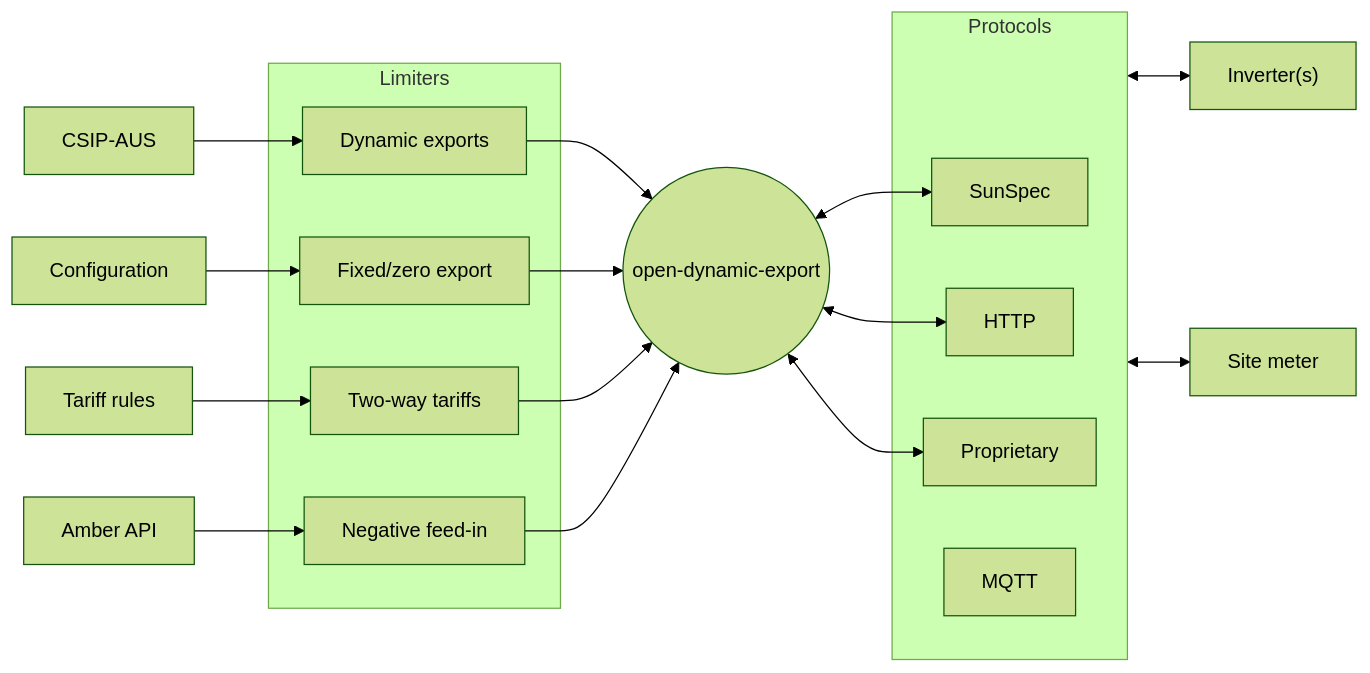
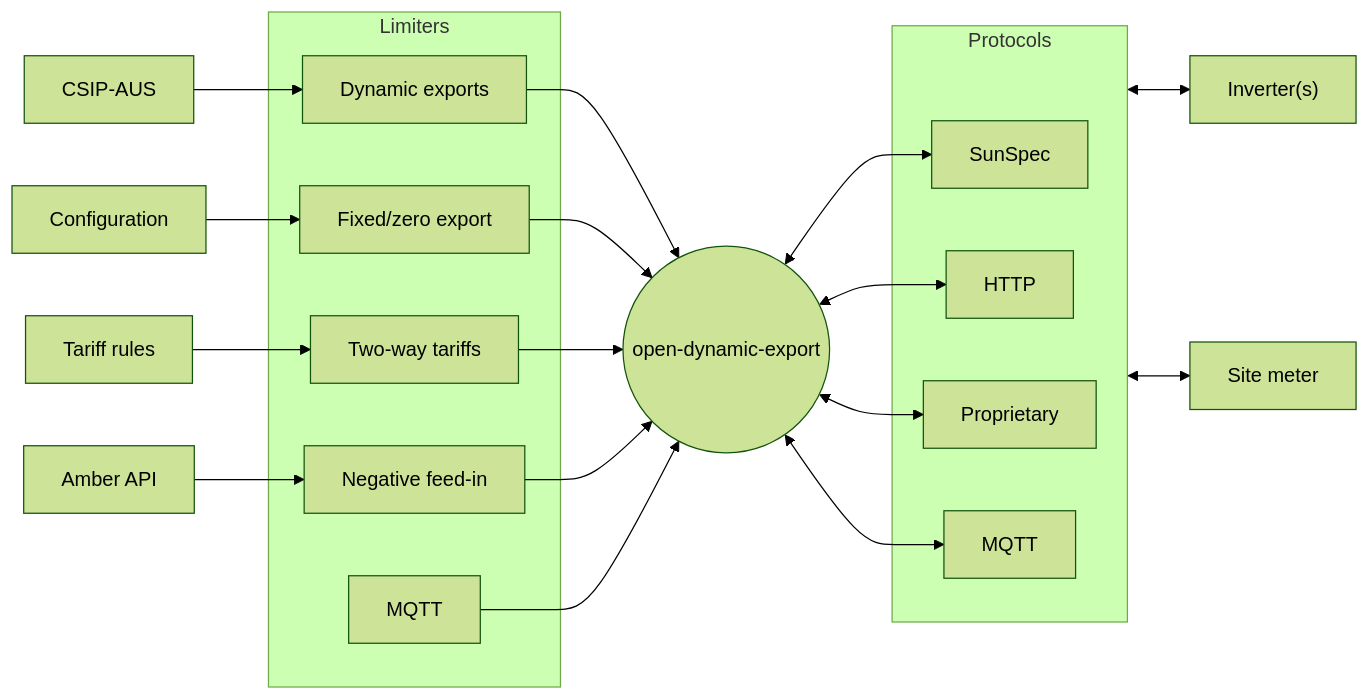
One commit to longzheng/open-dynamic-export changed the first of 2 diagrams in README.md. Above: the diagram before and after it, drawn with Mermaid (forest theme). The commit also changed other lines of this file, not shown here.

````diff
--- a/README.md
+++ b/README.md
@@ -11,28 +11,29 @@
 ```mermaid
 flowchart LR
     ODE(("open-dynamic-export"))
     I["Inverter(s)"]
     M["Site meter"]
 
     CSIP-AUS --> DC
-    DC & F & T & NFI --> ODE
+    DC & F & T & NFI & MQTTL --> ODE
     Configuration --> F
     A["Amber API"] --> NFI
     R["Tariff rules"] --> T
-    ODE <--> SunSpec & HTTP & Proprietary
+    ODE <--> SunSpec & HTTP & Proprietary & MQTT
     Protocols <--> I & M
 
     subgraph Limiters
     DC["Dynamic exports"]
     F["Fixed/zero export"]
     T["Two-way tariffs"]
     NFI["Negative feed-in"]
+    MQTTL["MQTT"]
     end
 
     subgraph Protocols
     SunSpec
     HTTP
     MQTT
     Proprietary
     end
 ```
````
